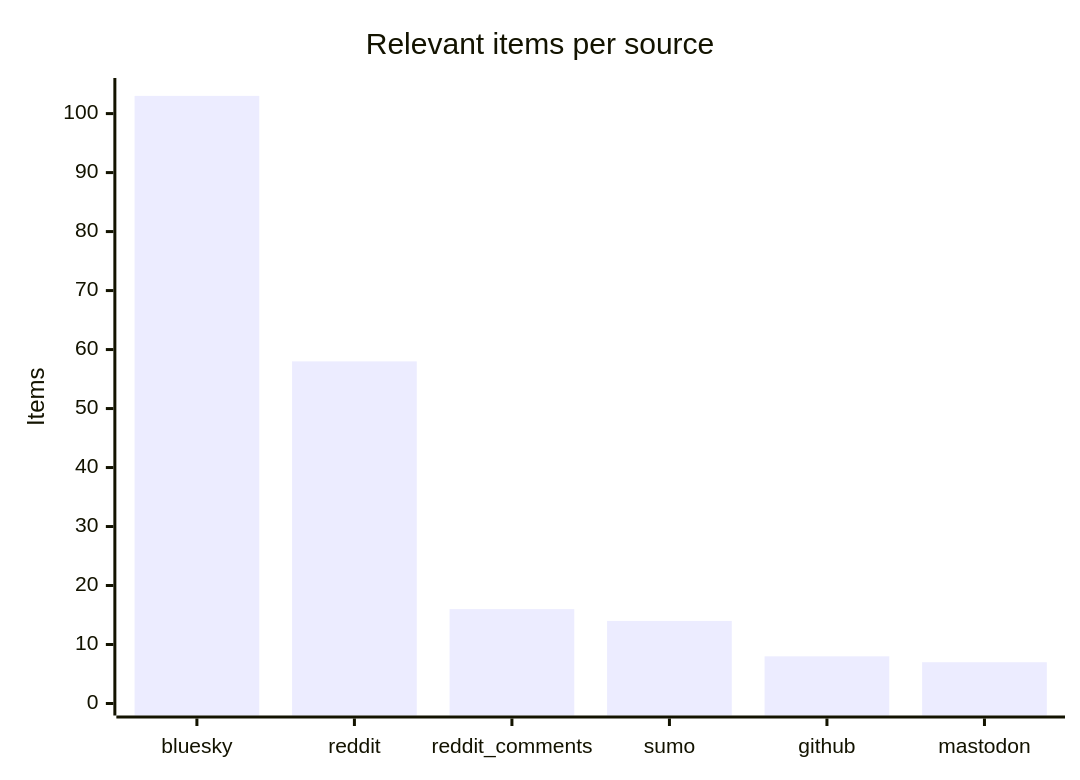
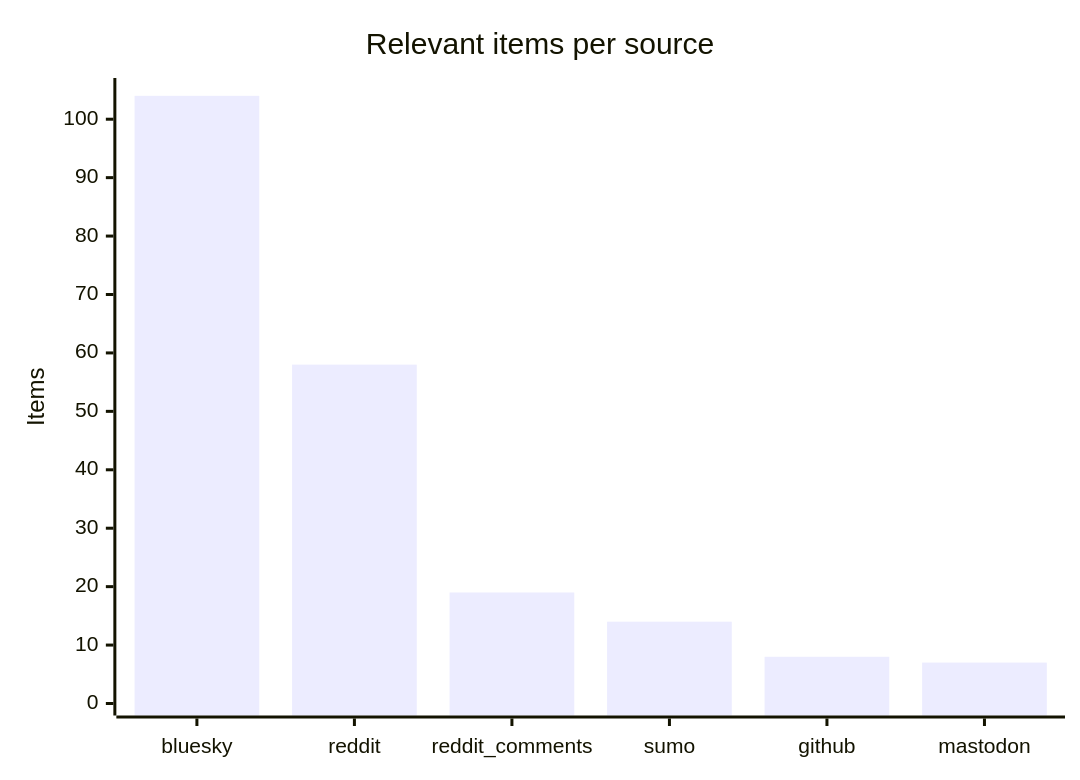
One commit to martinbalfanz/social-scanner-reports changed the third of 4 diagrams in README.md. Above: the diagram before and after it, drawn with Mermaid. The commit also changed other lines of this file and 3 other files, not shown here.

````diff
--- a/README.md
+++ b/README.md
@@ -48,7 +48,7 @@
 ```mermaid
 xychart-beta
     title "Relevant items per source"
     x-axis ["bluesky", "reddit", "reddit_comments", "sumo", "github", "mastodon"]
-    y-axis "Items" 0 --> 104
-    bar [103, 58, 16, 14, 8, 7]
+    y-axis "Items" 0 --> 105
+    bar [104, 58, 19, 14, 8, 7]
 ```
````
